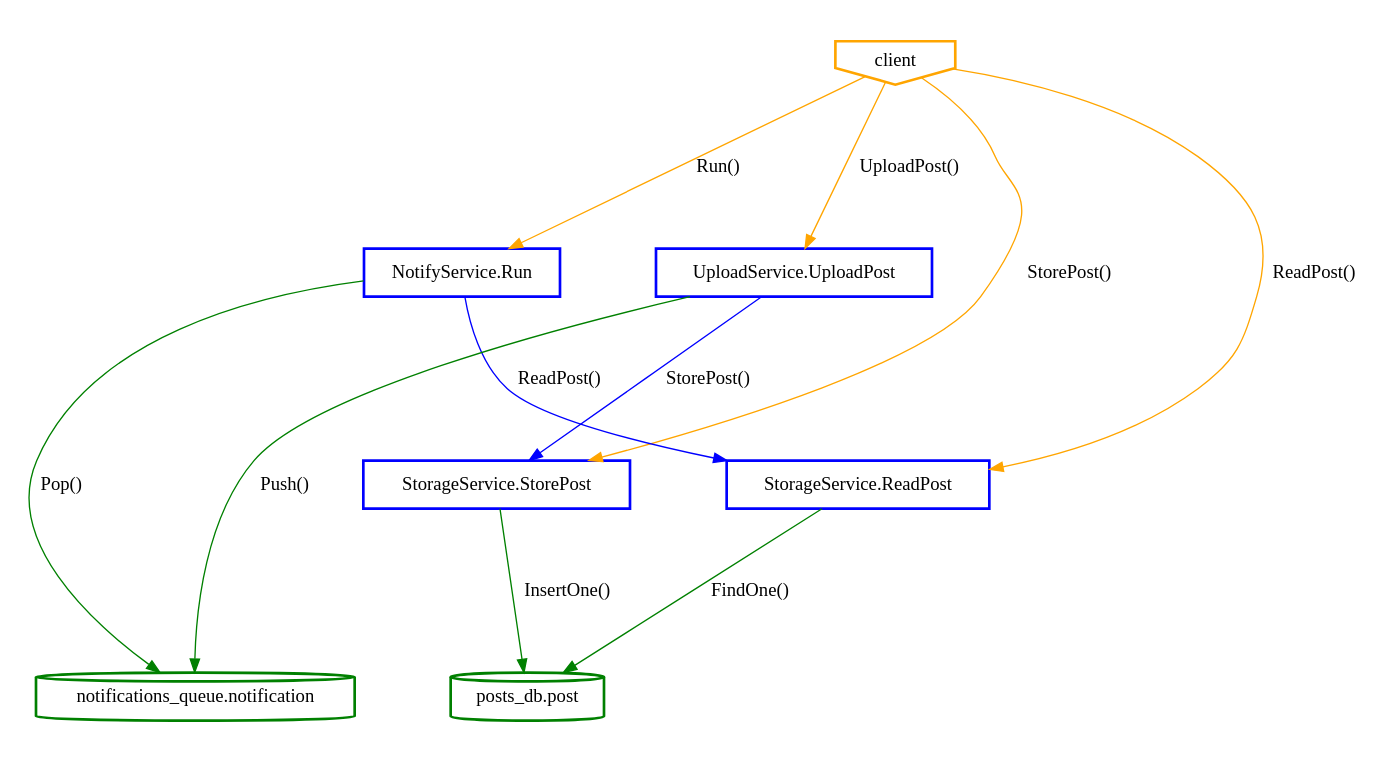
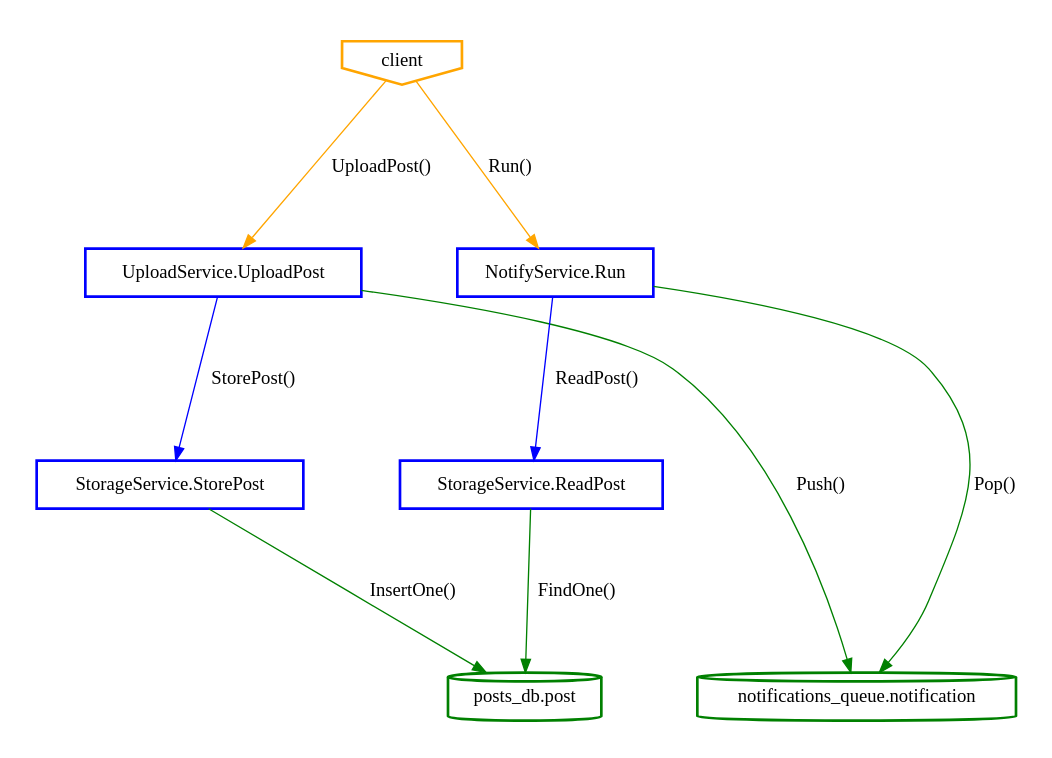
The diagram in ssa_analysis/analyzer/output/postnotification_simple/abstractcallgraph.dot (aletheia-microservices/aletheia), drawn with Graphviz before and after one commit. The commit also changed 63 other files, not shown here.

```diff
--- a/ssa_analysis/analyzer/output/postnotification_simple/abstractcallgraph.dot
+++ b/ssa_analysis/analyzer/output/postnotification_simple/abstractcallgraph.dot
@@ -1,31 +1,29 @@
 digraph G {
 	rankdir=TD;
 	ranksep=1.5;
 	nodesep=1;
 	subgraph cluster_clients {
 		style=invis;
 		N_client [label="client", style=bold, shape=invhouse, color="orange"];
 	}
 	subgraph cluster_services {
 		style=invis;
+		N_UploadService_UploadPost [label="UploadService.UploadPost", style=bold, shape=box, color="blue"];
 		N_StorageService_StorePost [label="StorageService.StorePost", style=bold, shape=box, color="blue"];
 		N_NotifyService_Run [label="NotifyService.Run", style=bold, shape=box, color="blue"];
 		N_StorageService_ReadPost [label="StorageService.ReadPost", style=bold, shape=box, color="blue"];
-		N_UploadService_UploadPost [label="UploadService.UploadPost", style=bold, shape=box, color="blue"];
 	}
 	subgraph cluster_databases {
 		style=invis;
 		N_notifications_queue_notification [label="notifications_queue.notification", style=bold, shape=cylinder, color="green"];
 		N_posts_db_post [label="posts_db.post", style=bold, shape=cylinder, color="green"];
 	}
 	N_client -> N_UploadService_UploadPost [label="UploadPost()", color=orange];
 	N_UploadService_UploadPost -> N_StorageService_StorePost [label="StorePost()", color=blue];
 	N_UploadService_UploadPost -> N_notifications_queue_notification [label="Push()", color=green];
-	N_client -> N_StorageService_StorePost [label="StorePost()", color=orange];
 	N_StorageService_StorePost -> N_posts_db_post [label="InsertOne()", color=green];
 	N_client -> N_NotifyService_Run [label="Run()", color=orange];
 	N_NotifyService_Run -> N_notifications_queue_notification [label="Pop()", color=green];
 	N_NotifyService_Run -> N_StorageService_ReadPost [label="ReadPost()", color=blue];
-	N_client -> N_StorageService_ReadPost [label="ReadPost()", color=orange];
 	N_StorageService_ReadPost -> N_posts_db_post [label="FindOne()", color=green];
 }
```
